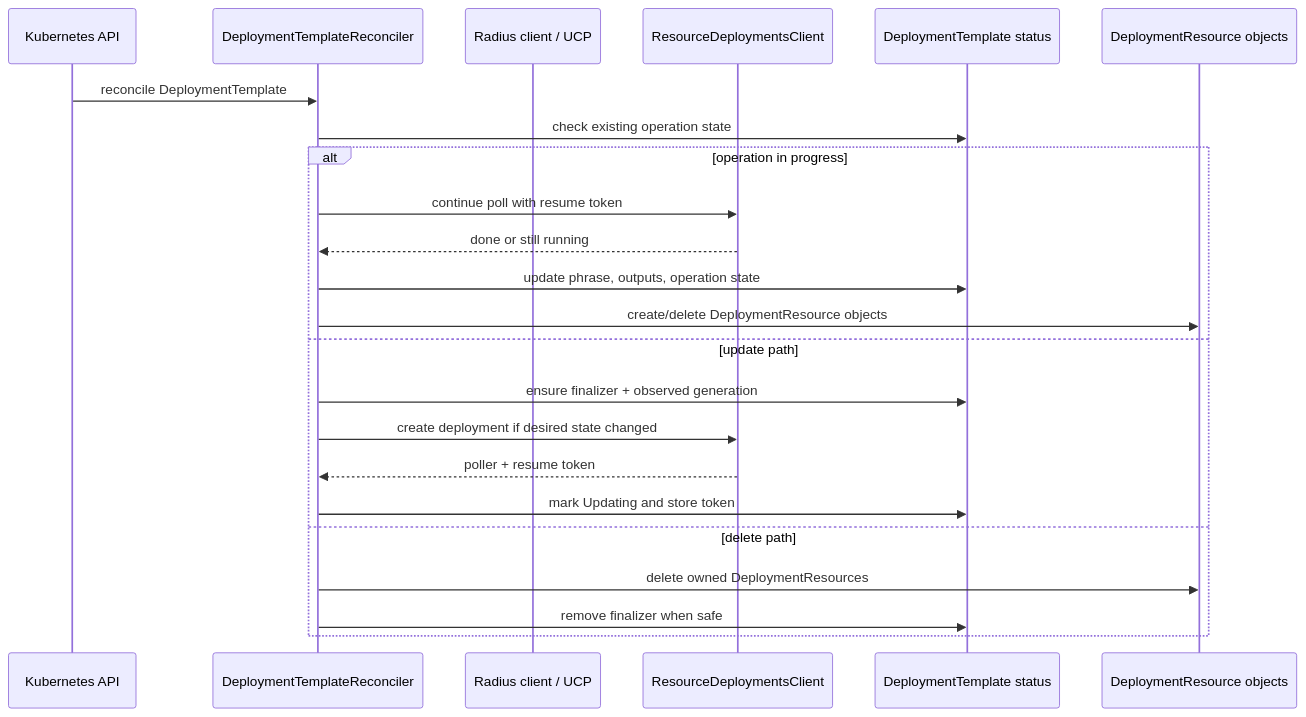
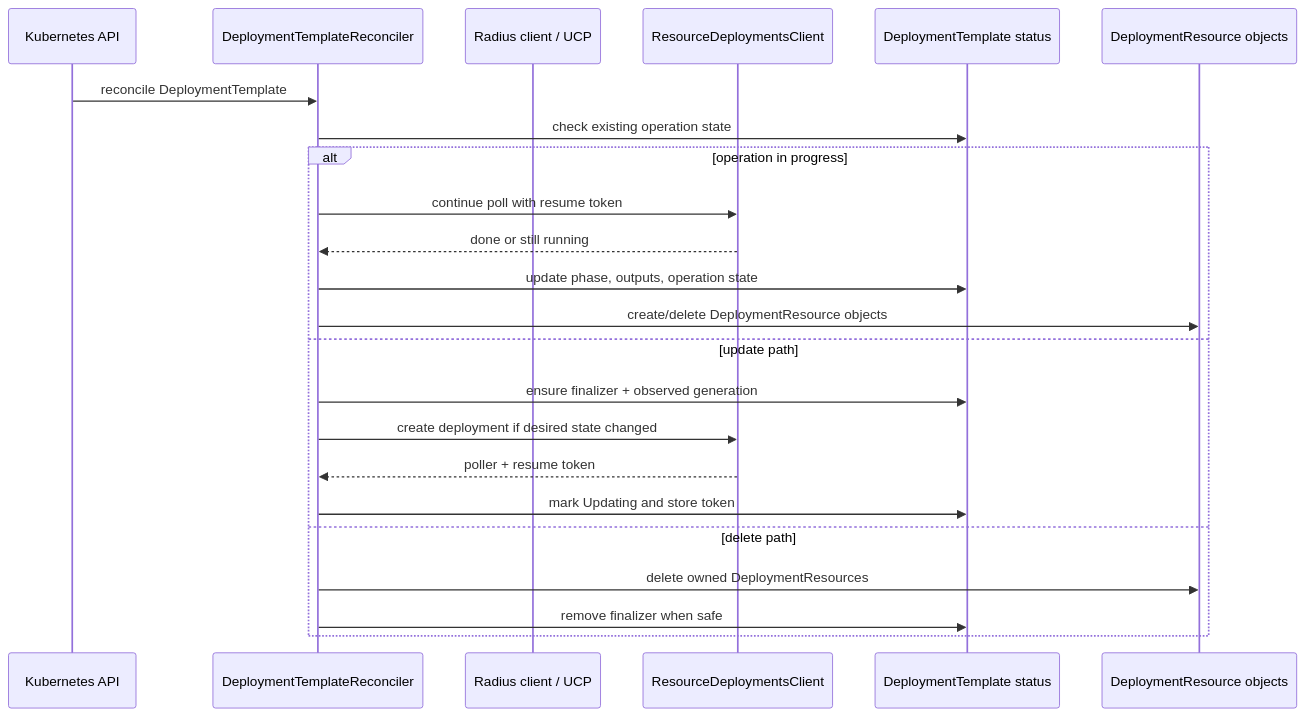
Before and after one commit to radius-project/radius: the second of 2 diagrams in docs/architecture/controller.md, drawn with Mermaid.

````diff
--- a/docs/architecture/controller.md
+++ b/docs/architecture/controller.md
@@ -115,26 +115,26 @@
 ```mermaid
 sequenceDiagram
   participant K8S as Kubernetes API
   participant Rec as DeploymentTemplateReconciler
   participant Radius as Radius client / UCP
   participant Deploy as ResourceDeploymentsClient
   participant Status as DeploymentTemplate status
   participant Out as DeploymentResource objects
 
   K8S->>Rec: reconcile DeploymentTemplate
   Rec->>Status: check existing operation state
   alt operation in progress
     Rec->>Deploy: continue poll with resume token
     Deploy-->>Rec: done or still running
-    Rec->>Status: update phrase, outputs, operation state
+    Rec->>Status: update phase, outputs, operation state
     Rec->>Out: create/delete DeploymentResource objects
   else update path
     Rec->>Status: ensure finalizer + observed generation
     Rec->>Deploy: create deployment if desired state changed
     Deploy-->>Rec: poller + resume token
     Rec->>Status: mark Updating and store token
   else delete path
     Rec->>Out: delete owned DeploymentResources
     Rec->>Status: remove finalizer when safe
   end
 ```
````
